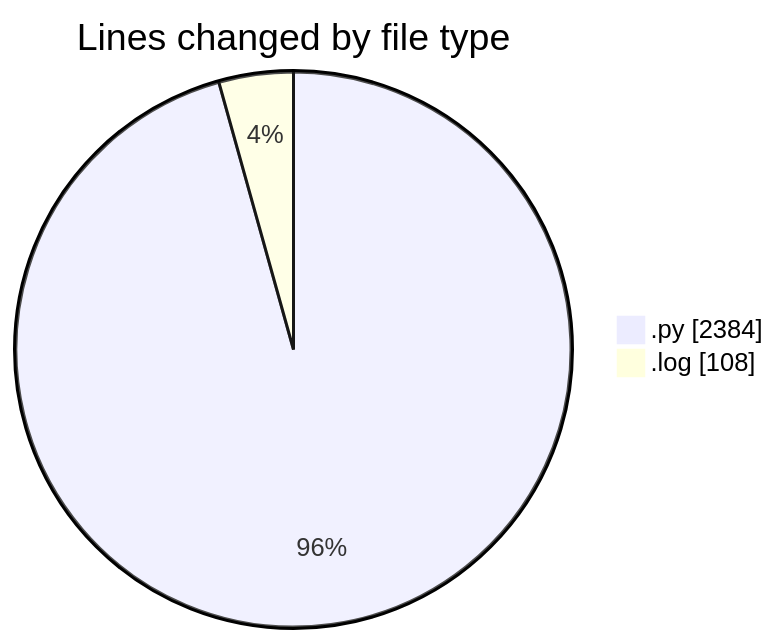
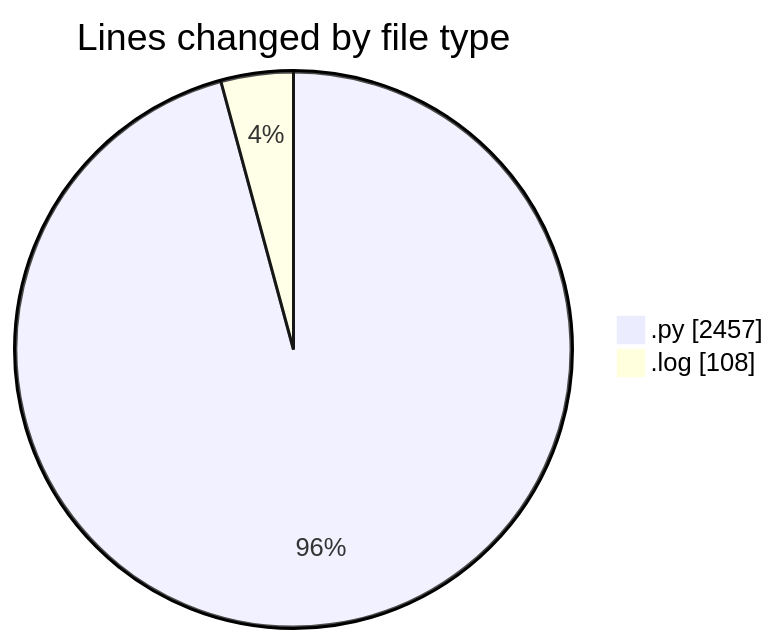
Before and after one commit to momahboobian/code-tracking: the first of 2 diagrams in 2025-05-06/samplepdf/README.md, drawn with Mermaid. The commit also changed other lines of this file and 1 other file, not shown here.

````diff
--- a/2025-05-06/samplepdf/README.md
+++ b/2025-05-06/samplepdf/README.md
@@ -41,6 +42,6 @@
 ```mermaid
 pie showData
 title Lines changed by file type
-".py" : 2384
+".py" : 2457
 ".log" : 108
 ```
````
